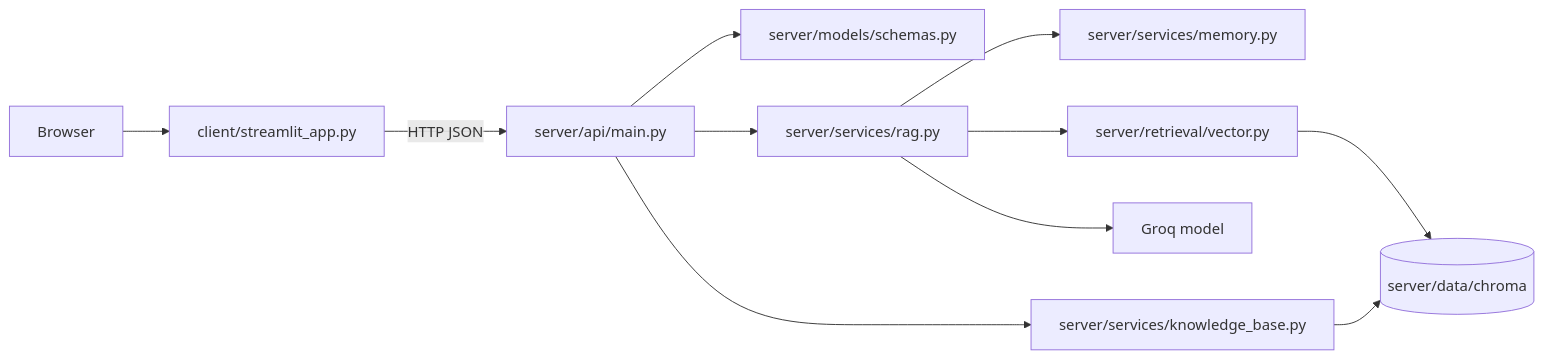
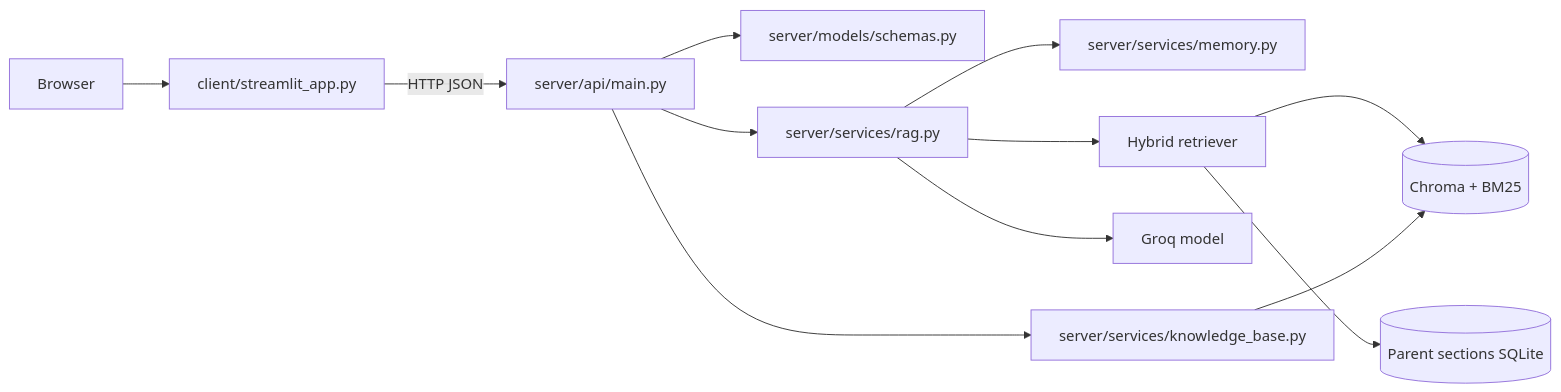
Before and after one commit to mmm1949/policy_chatbot: the diagram in PROJECT_STRUCTURE.md, drawn with Mermaid. The commit also changed other lines of this file and 17 other files, not shown here.

````diff
--- a/PROJECT_STRUCTURE.md
+++ b/PROJECT_STRUCTURE.md
@@ -70,13 +70,14 @@
 ```mermaid
 flowchart LR
     B[Browser] --> UI[client/streamlit_app.py]
     UI -->|HTTP JSON| API[server/api/main.py]
     API --> SCHEMA[server/models/schemas.py]
     API --> GRAPH[server/services/rag.py]
     GRAPH --> MEMORY[server/services/memory.py]
-    GRAPH --> RETRIEVER[server/retrieval/vector.py]
-    RETRIEVER --> DB[(server/data/chroma)]
+    GRAPH --> RETRIEVER[Hybrid retriever]
+    RETRIEVER --> DB[(Chroma + BM25)]
+    RETRIEVER --> PARENTS[(Parent sections SQLite)]
     GRAPH --> GROQ[Groq model]
     API --> KB[server/services/knowledge_base.py]
     KB --> DB
 ```
````
